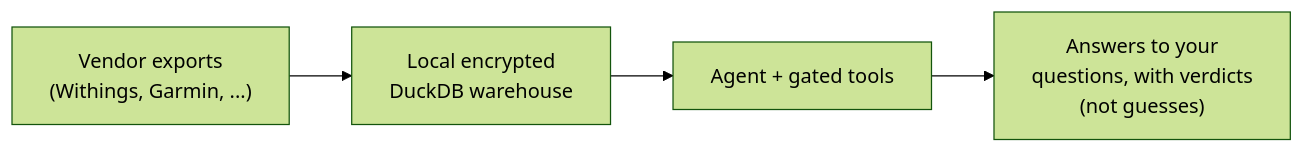
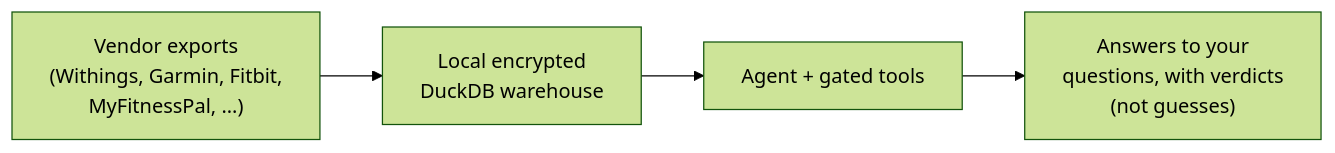
The diagram in README.md (nicofirst1/premura), drawn with Mermaid (forest theme) before and after one commit. The commit also changed other lines of this file and 1 other file, not shown here.

````diff
--- a/README.md
+++ b/README.md
@@ -21,6 +9,6 @@
 ```mermaid
 flowchart LR
-    A["Vendor exports<br/>(Withings, Garmin, ...)"] --> B["Local encrypted<br/>DuckDB warehouse"]
+    A["Vendor exports<br/>(Withings, Garmin, Fitbit,<br/>MyFitnessPal, ...)"] --> B["Local encrypted<br/>DuckDB warehouse"]
     B --> C["Agent + gated tools"]
     C --> D["Answers to your<br/>questions, with verdicts<br/>(not guesses)"]
 ```
````
